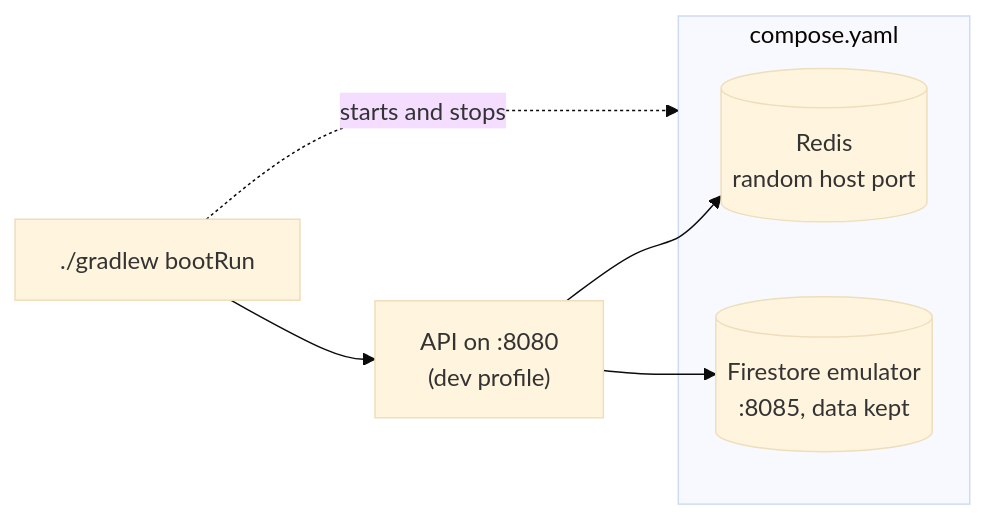
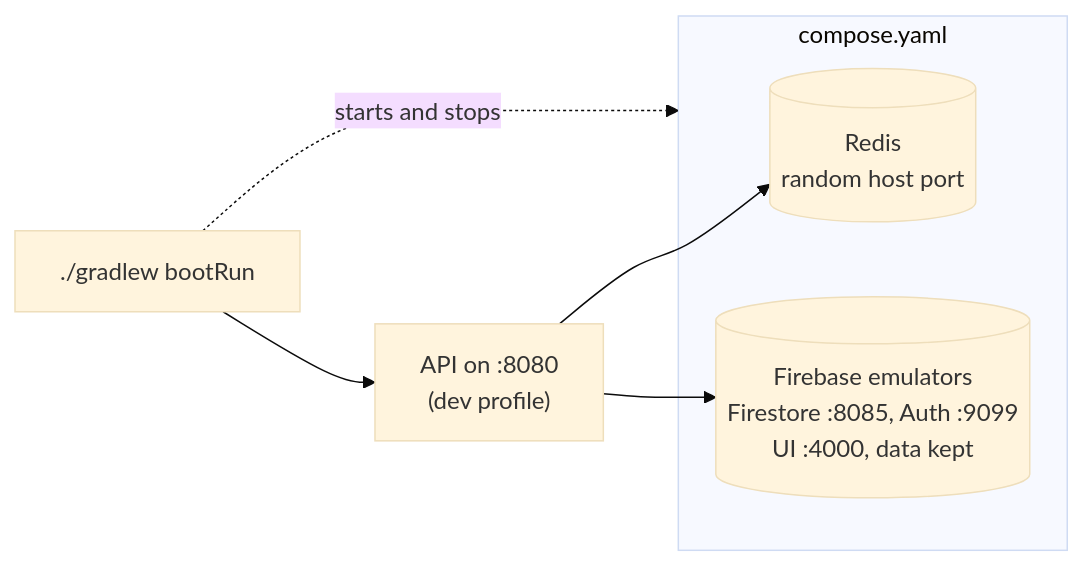
One commit to altalyst-solutions/dokiments-api changed the diagram in docs/local-development.md. Above: the diagram before and after it, drawn with Mermaid (base theme). The commit also changed other lines of this file and 6 other files, not shown here.

Commit message:
docs: describe the Firebase emulators and the Emulator UI

````diff
--- a/docs/local-development.md
+++ b/docs/local-development.md
@@ -16,11 +18,11 @@
 ```mermaid
 flowchart LR
     run["./gradlew bootRun"] --> app["API on :8080<br/>(dev profile)"]
     run -. "starts and stops" .-> services
     subgraph services["compose.yaml"]
         redis[("Redis<br/>random host port")]
-        emulator[("Firestore emulator<br/>:8085, data kept")]
+        emulator[("Firebase emulators<br/>Firestore :8085, Auth :9099<br/>UI :4000, data kept")]
     end
     app --> redis
     app --> emulator
 ```
````
